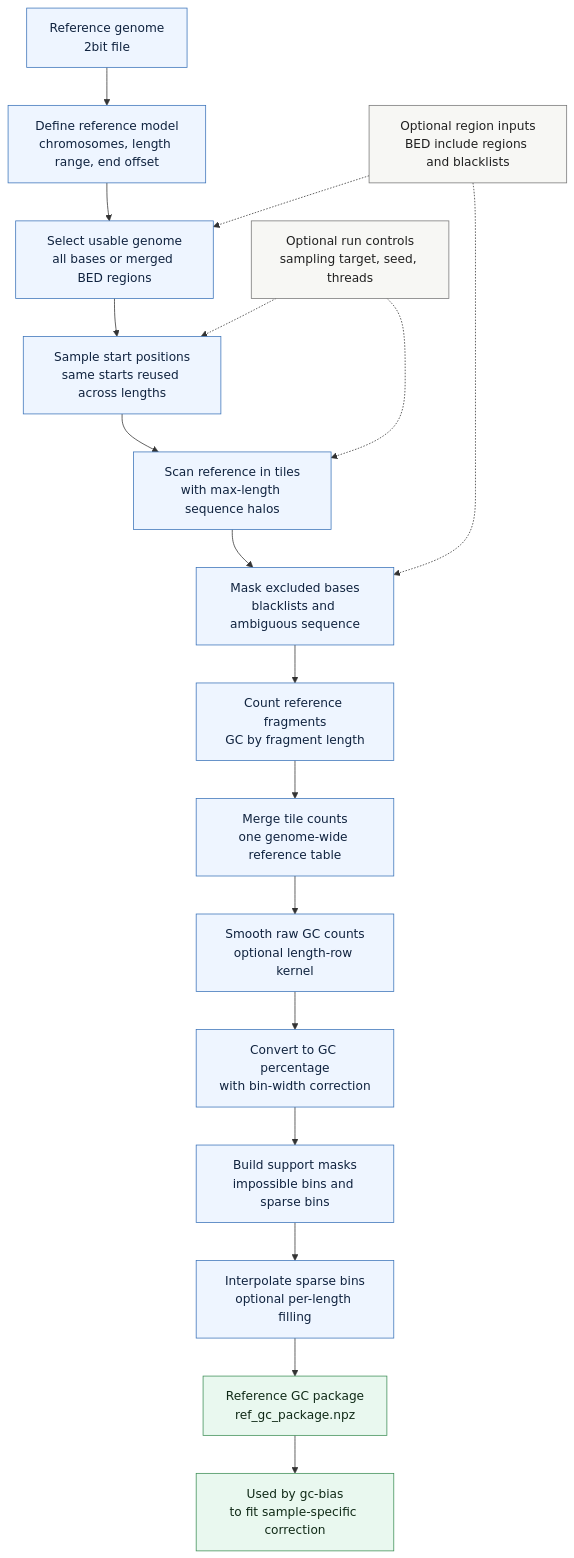
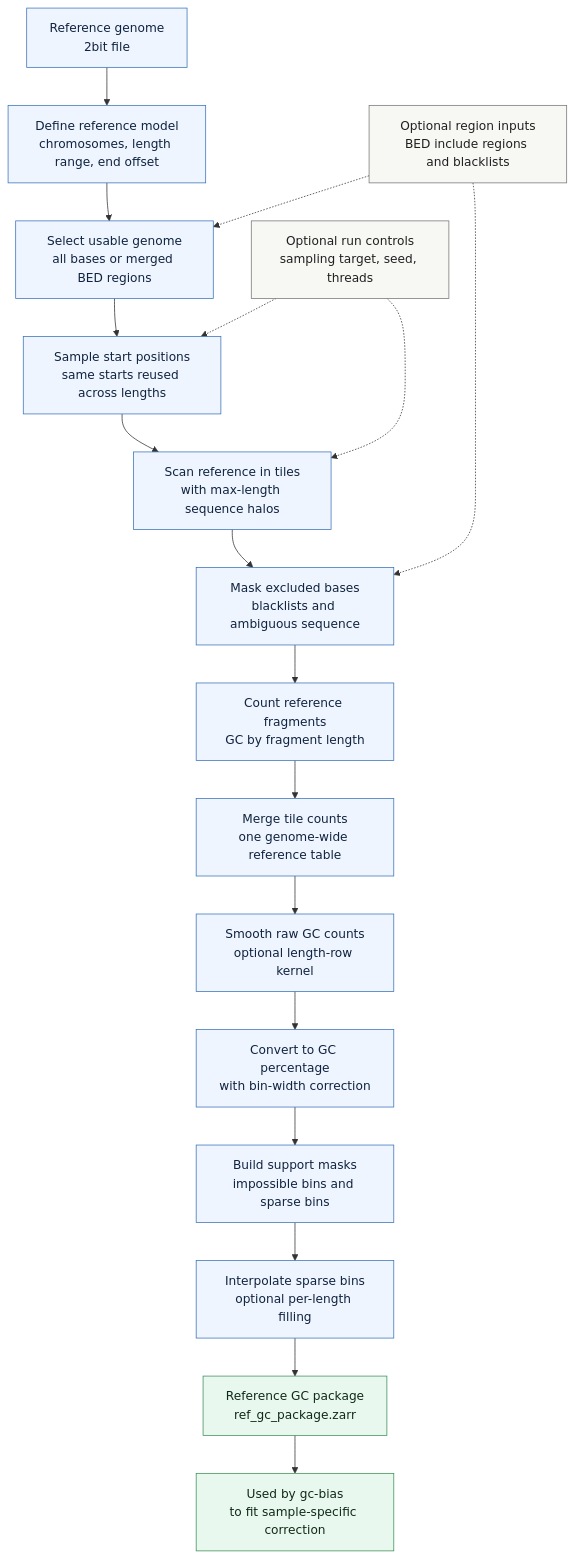
One commit to BesenbacherLab/cfDNAlab changed the diagram in .AI/docs/command_pipelines/ref-gc-bias.md. Above: the diagram before and after it, drawn with Mermaid. The commit also changed other lines of this file and 43 other files, not shown here.

Commit message:
Converts gc-bias and ref-gc-bias to use zarr output for packages

````diff
--- a/.AI/docs/command_pipelines/ref-gc-bias.md
+++ b/.AI/docs/command_pipelines/ref-gc-bias.md
@@ -7,35 +7,35 @@
 ```mermaid
 flowchart TD
     input["Reference genome<br/>2bit file"];
     setup["Define reference model<br/>chromosomes, length range, end offset"];
     regions["Select usable genome<br/>all bases or merged BED regions"];
     sample["Sample start positions<br/>same starts reused across lengths"];
     tiles["Scan reference in tiles<br/>with max-length sequence halos"];
     mask["Mask excluded bases<br/>blacklists and ambiguous sequence"];
     count["Count reference fragments<br/>GC by fragment length"];
     merge["Merge tile counts<br/>one genome-wide reference table"];
     smooth["Smooth raw GC counts<br/>optional length-row kernel"];
     percent["Convert to GC percentage<br/>with bin-width correction"];
     support["Build support masks<br/>impossible bins and sparse bins"];
     fill_sparse_bins["Interpolate sparse bins<br/>optional per-length filling"];
-    package["Reference GC package<br/>ref_gc_package.npz"];
+    package["Reference GC package<br/>ref_gc_package.zarr"];
     consumer["Used by gc-bias<br/>to fit sample-specific correction"];
 
     region_inputs["Optional region inputs<br/>BED include regions and blacklists"];
     run_inputs["Optional run controls<br/>sampling target, seed, threads"];
 
     input --> setup --> regions --> sample --> tiles --> mask --> count --> merge --> smooth --> percent --> support --> fill_sparse_bins --> package --> consumer;
 
     region_inputs -.-> regions;
     region_inputs -.-> mask;
     run_inputs -.-> sample;
     run_inputs -.-> tiles;
 
     classDef core fill:#eef5ff,stroke:#3b73b9,color:#10233f;
     classDef optional fill:#f7f7f4,stroke:#777,color:#202020;
     classDef outputClass fill:#e9f8ef,stroke:#3e8f57,color:#102a17;
 
     class input,setup,regions,sample,tiles,mask,count,merge,smooth,percent,support,fill_sparse_bins core;
     class region_inputs,run_inputs optional;
     class package,consumer outputClass;
 ```
````
